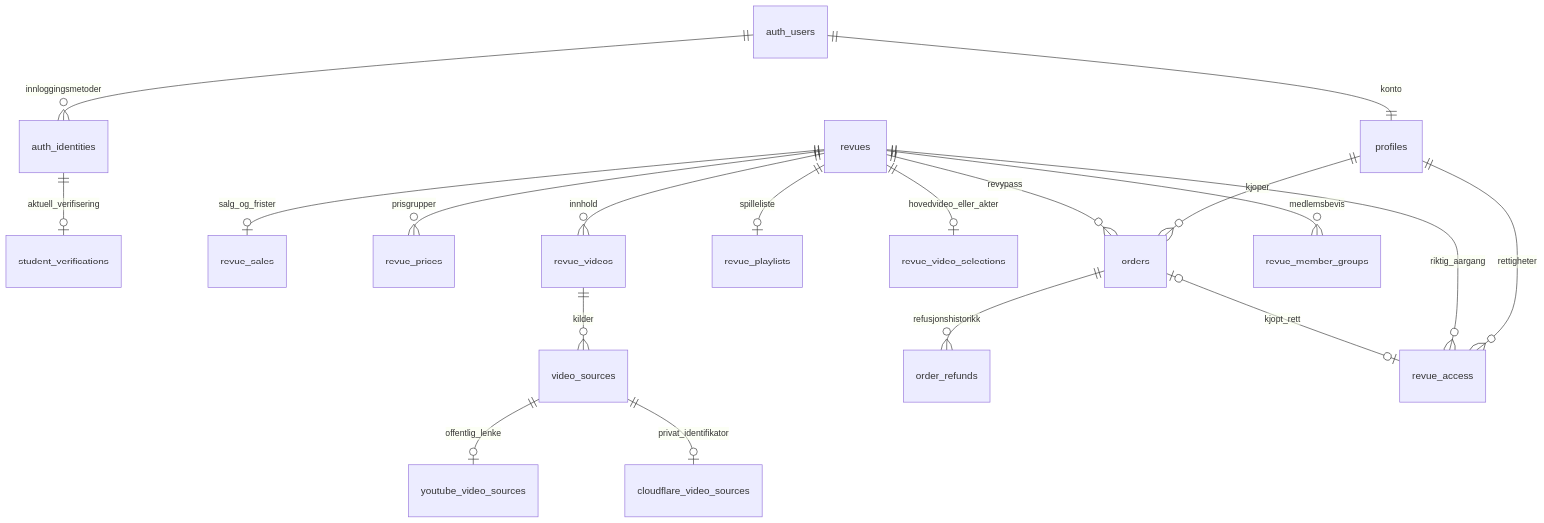
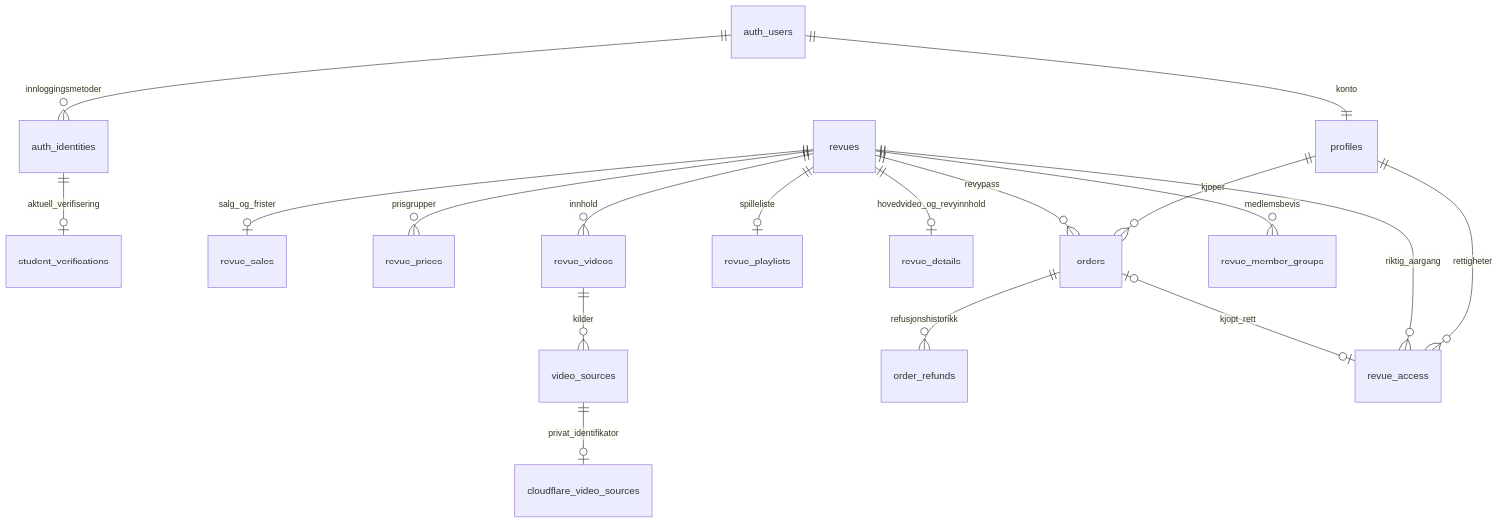
Before and after one commit to abakus-ntnu/abakusrevyen: the diagram in docs/database-revue-model.md, drawn with Mermaid. The commit also changed other lines of this file and 13 other files, not shown here.

Commit message:
fix: simplify revue schema and harden payment workflows

````diff
--- a/docs/database-revue-model.md
+++ b/docs/database-revue-model.md
@@ -7,21 +7,20 @@
 ```mermaid
 erDiagram
   auth_users ||--|| profiles : konto
   auth_users ||--o{ auth_identities : innloggingsmetoder
   auth_identities ||--o| student_verifications : aktuell_verifisering
   revues ||--o| revue_sales : salg_og_frister
   revues ||--o{ revue_prices : prisgrupper
   revues ||--o{ revue_videos : innhold
   revue_videos ||--o{ video_sources : kilder
-  video_sources ||--o| youtube_video_sources : offentlig_lenke
   video_sources ||--o| cloudflare_video_sources : privat_identifikator
   revues ||--o| revue_playlists : spilleliste
-  revues ||--o| revue_video_selections : hovedvideo_eller_akter
+  revues ||--o| revue_details : hovedvideo_og_revyinnhold
   profiles ||--o{ orders : kjoper
   revues ||--o{ orders : revypass
   orders ||--o{ order_refunds : refusjonshistorikk
   profiles ||--o{ revue_access : rettigheter
   revues ||--o{ revue_access : riktig_aargang
   orders |o--o| revue_access : kjopt_rett
   revues ||--o{ revue_member_groups : medlemsbevis
 ```
````
